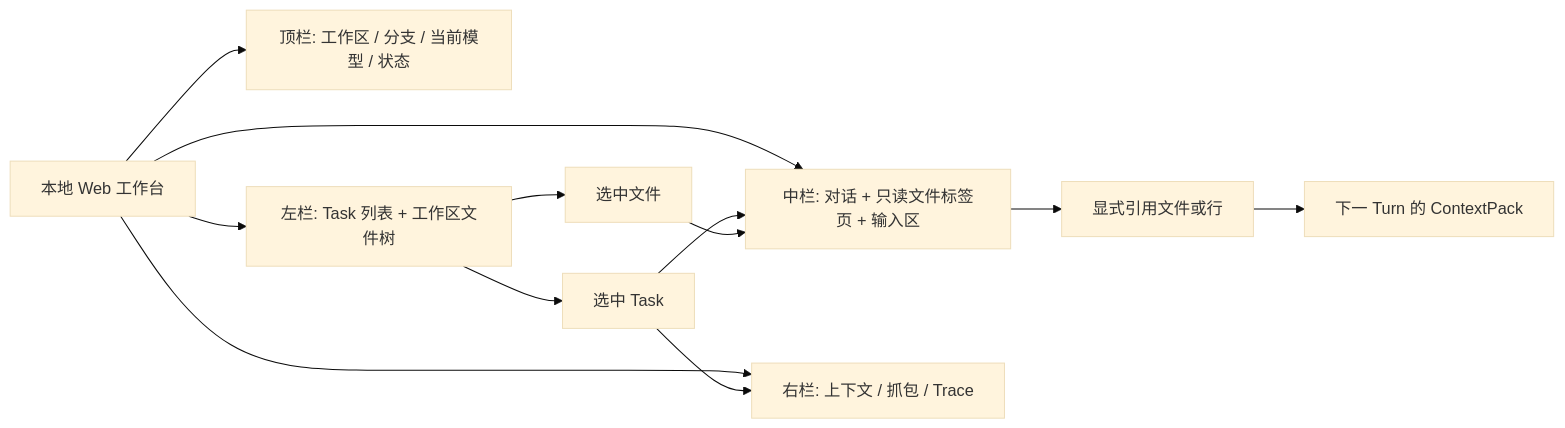
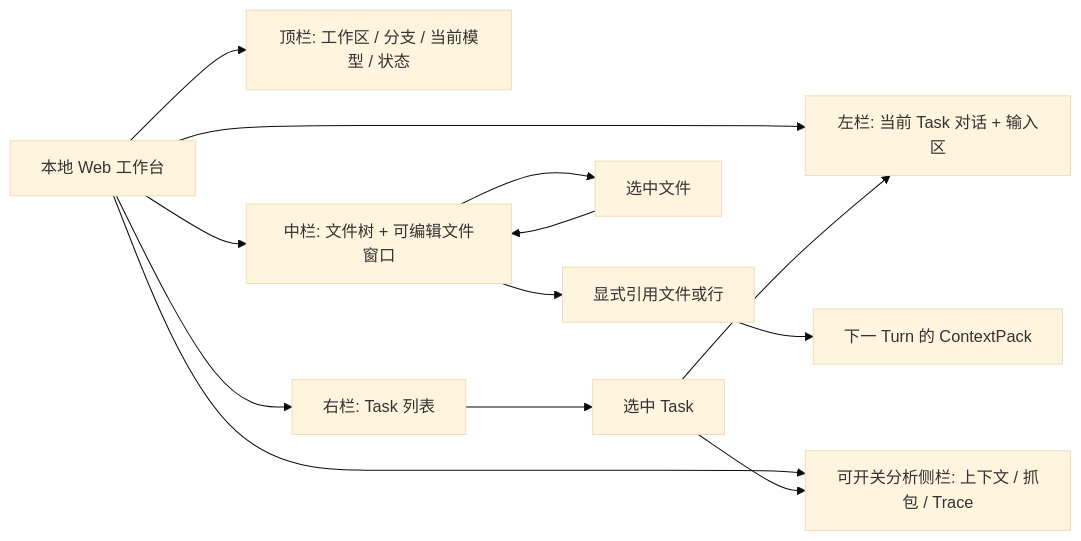
One commit to hfqf/figo-agent changed the first of 2 diagrams in docs/agent/modules/ui/design.md. Above: the diagram before and after it, drawn with Mermaid (base theme). The commit also changed other lines of this file and 16 other files, not shown here.

````diff
--- a/docs/agent/modules/ui/design.md
+++ b/docs/agent/modules/ui/design.md
@@ -35,14 +35,15 @@
 ```mermaid
 flowchart LR
   Shell[本地 Web 工作台] --> Top[顶栏: 工作区 / 分支 / 当前模型 / 状态]
-  Shell --> Left[左栏: Task 列表 + 工作区文件树]
-  Shell --> Center[中栏: 对话 + 只读文件标签页 + 输入区]
-  Shell --> Right[右栏: 上下文 / 抓包 / Trace]
-  Left --> Task[选中 Task]
-  Left --> File[选中文件]
-  Task --> Center
-  Task --> Right
+  Shell --> Left[左栏: 当前 Task 对话 + 输入区]
+  Shell --> Center[中栏: 文件树 + 可编辑文件窗口]
+  Shell --> Right[右栏: Task 列表]
+  Shell --> Inspect[可开关分析侧栏: 上下文 / 抓包 / Trace]
+  Right --> Task[选中 Task]
+  Center --> File[选中文件]
+  Task --> Left
+  Task --> Inspect
   File --> Center
   Center --> Cite[显式引用文件或行]
   Cite --> Context[下一 Turn 的 ContextPack]
 ```
````
